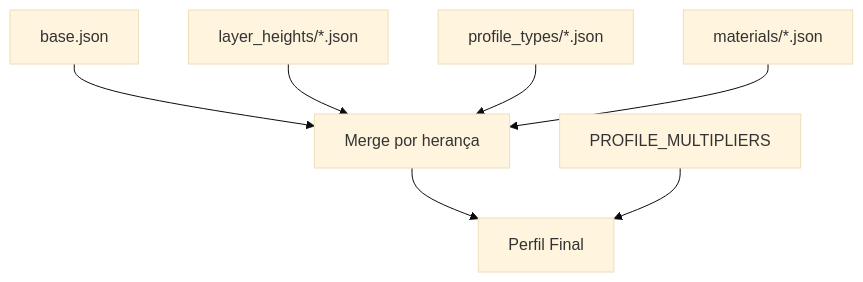
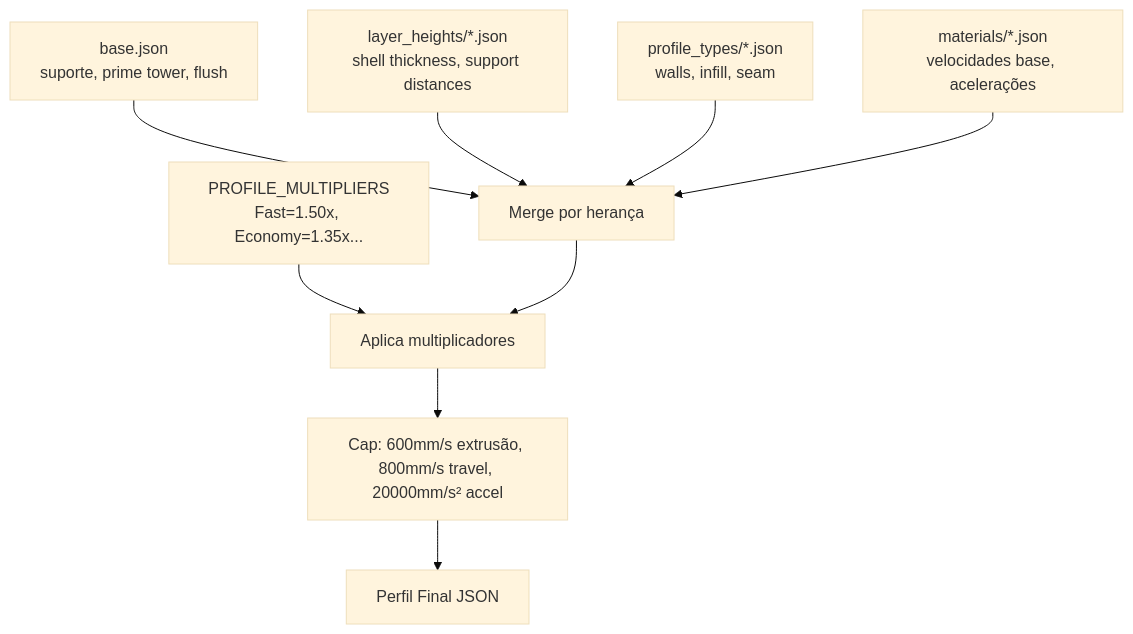
Before and after one commit to RafaelFino/FilamentDB: the fourth of 4 diagrams in README.md, drawn with Mermaid (base theme). The commit also changed other lines of this file and 63 other files, not shown here.

````diff
--- a/README.md
+++ b/README.md
@@ -256,9 +243,11 @@
 ```mermaid
 flowchart TD
-    BASE[base.json] --> MERGE
-    LH[layer_heights/*.json] --> MERGE
-    PT[profile_types/*.json] --> MERGE
-    MAT[materials/*.json] --> MERGE[Merge por herança]
-    MERGE --> PROFILE[Perfil Final]
-    MULT[PROFILE_MULTIPLIERS] --> PROFILE
+    BASE[base.json<br/>suporte, prime tower, flush] --> MERGE
+    LH[layer_heights/*.json<br/>shell thickness, support distances] --> MERGE
+    PT[profile_types/*.json<br/>walls, infill, seam] --> MERGE
+    MAT[materials/*.json<br/>velocidades base, acelerações] --> MERGE[Merge por herança]
+    MULT[PROFILE_MULTIPLIERS<br/>Fast=1.50x, Economy=1.35x...] --> CALC[Aplica multiplicadores]
+    MERGE --> CALC
+    CALC --> CAP[Cap: 600mm/s extrusão, 800mm/s travel, 20000mm/s² accel]
+    CAP --> PROFILE[Perfil Final JSON]
 ```
````
